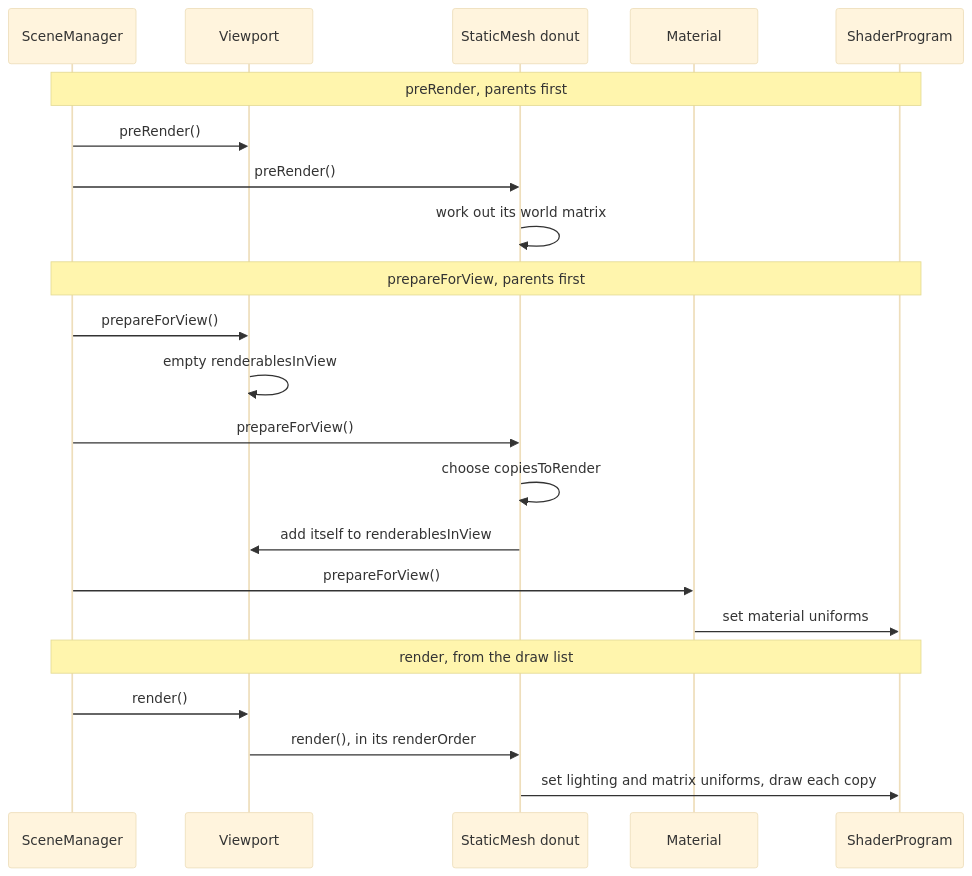
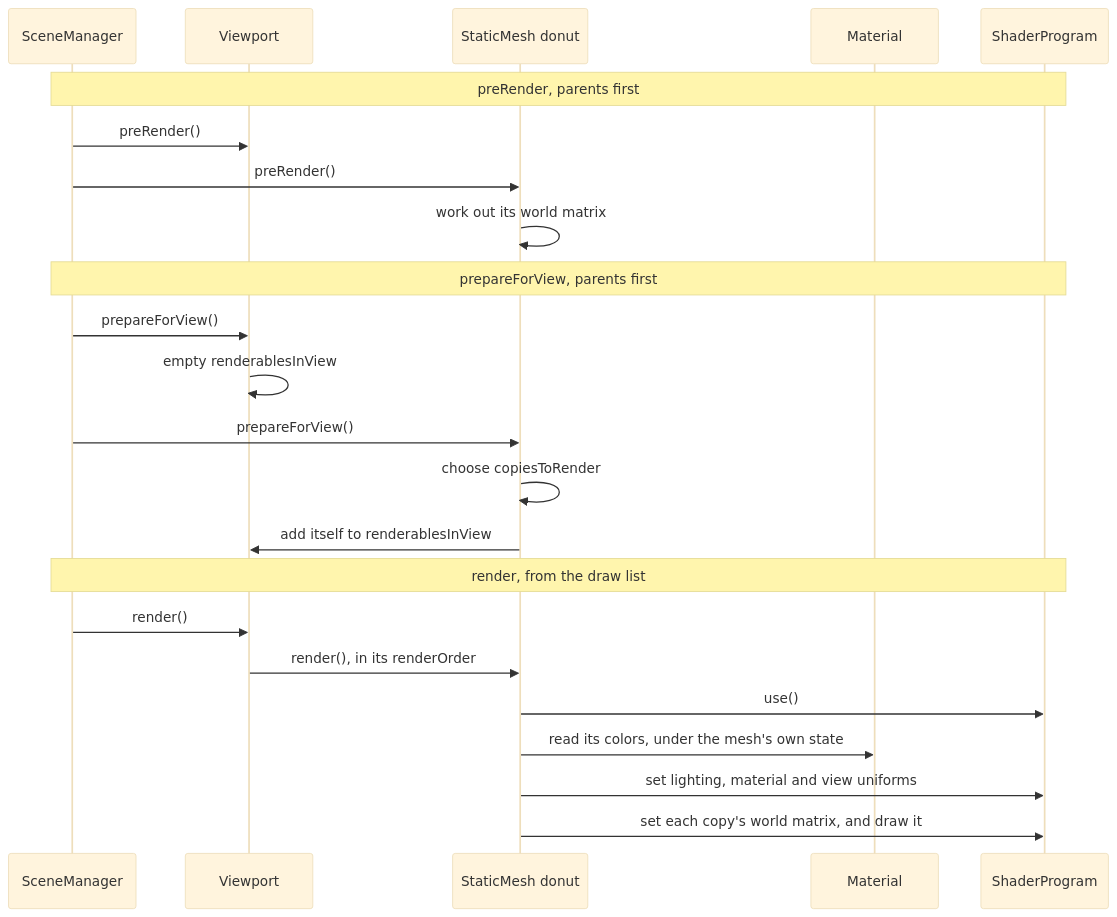
The second of 2 diagrams in README.md (MiguelCastillo/scenic), drawn with Mermaid (base theme) before and after one commit. The commit also changed other lines of this file and 20 other files, not shown here.

````diff
--- a/README.md
+++ b/README.md
@@ -1178,27 +1181,28 @@
 ```mermaid
 sequenceDiagram
   participant SM as SceneManager
   participant VP as Viewport
   participant Mesh as StaticMesh donut
   participant Mat as Material
   participant SP as ShaderProgram
 
   Note over SM,SP: preRender, parents first
   SM->>VP: preRender()
   SM->>Mesh: preRender()
   Mesh->>Mesh: work out its world matrix
 
   Note over SM,SP: prepareForView, parents first
   SM->>VP: prepareForView()
   VP->>VP: empty renderablesInView
   SM->>Mesh: prepareForView()
   Mesh->>Mesh: choose copiesToRender
   Mesh->>VP: add itself to renderablesInView
-  SM->>Mat: prepareForView()
-  Mat->>SP: set material uniforms
 
   Note over SM,SP: render, from the draw list
   SM->>VP: render()
   VP->>Mesh: render(), in its renderOrder
-  Mesh->>SP: set lighting and matrix uniforms, draw each copy
+  Mesh->>SP: use()
+  Mesh->>Mat: read its colors, under the mesh's own state
+  Mesh->>SP: set lighting, material and view uniforms
+  Mesh->>SP: set each copy's world matrix, and draw it
 ```
````
